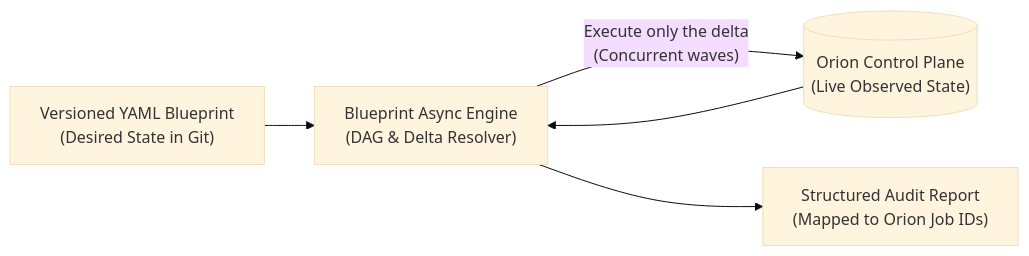
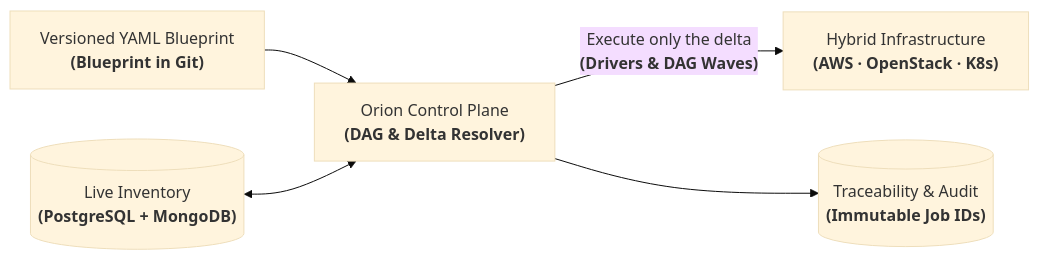
One commit to oredondo/oredondo.github.io changed the diagram in docs/blog/posts/2026-03-01-declarative-infrastructure-python.md. Above: the diagram before and after it, drawn with Mermaid (base theme). The commit also changed other lines of this file and 31 other files, not shown here.

First line of the commit message:
refactor(portfolio): unify architecture case studies, NextGen context, blog essays, and bilingual CV

````diff
--- a/docs/blog/posts/2026-03-01-declarative-infrastructure-python.md
+++ b/docs/blog/posts/2026-03-01-declarative-infrastructure-python.md
@@ -49,7 +49,7 @@
 ```mermaid
 flowchart LR
-    Manifest["Versioned YAML Blueprint<br/>(Desired State in Git)"] --> Engine["Blueprint Async Engine<br/>(DAG & Delta Resolver)"]
-    Orion[("Orion Control Plane<br/>(Live Observed State)")] --> Engine
-    Engine -->|"Execute only the delta<br/>(Concurrent waves)"| Orion
-    Engine --> Report["Structured Audit Report<br/>(Mapped to Orion Job IDs)"]
+    Manifest["Versioned YAML Blueprint<br/><b>(Blueprint in Git)</b>"] --> Orion["Orion Control Plane<br/><b>(DAG & Delta Resolver)</b>"]
+    Live[("Live Inventory<br/><b>(PostgreSQL + MongoDB)</b>")] <--> Orion
+    Orion -->|"Execute only the delta<br/><b>(Drivers & DAG Waves)</b>"| Infra["Hybrid Infrastructure<br/><b>(AWS · OpenStack · K8s)</b>"]
+    Orion --> Report[("Traceability & Audit<br/><b>(Immutable Job IDs)</b>")]
 ```
````
